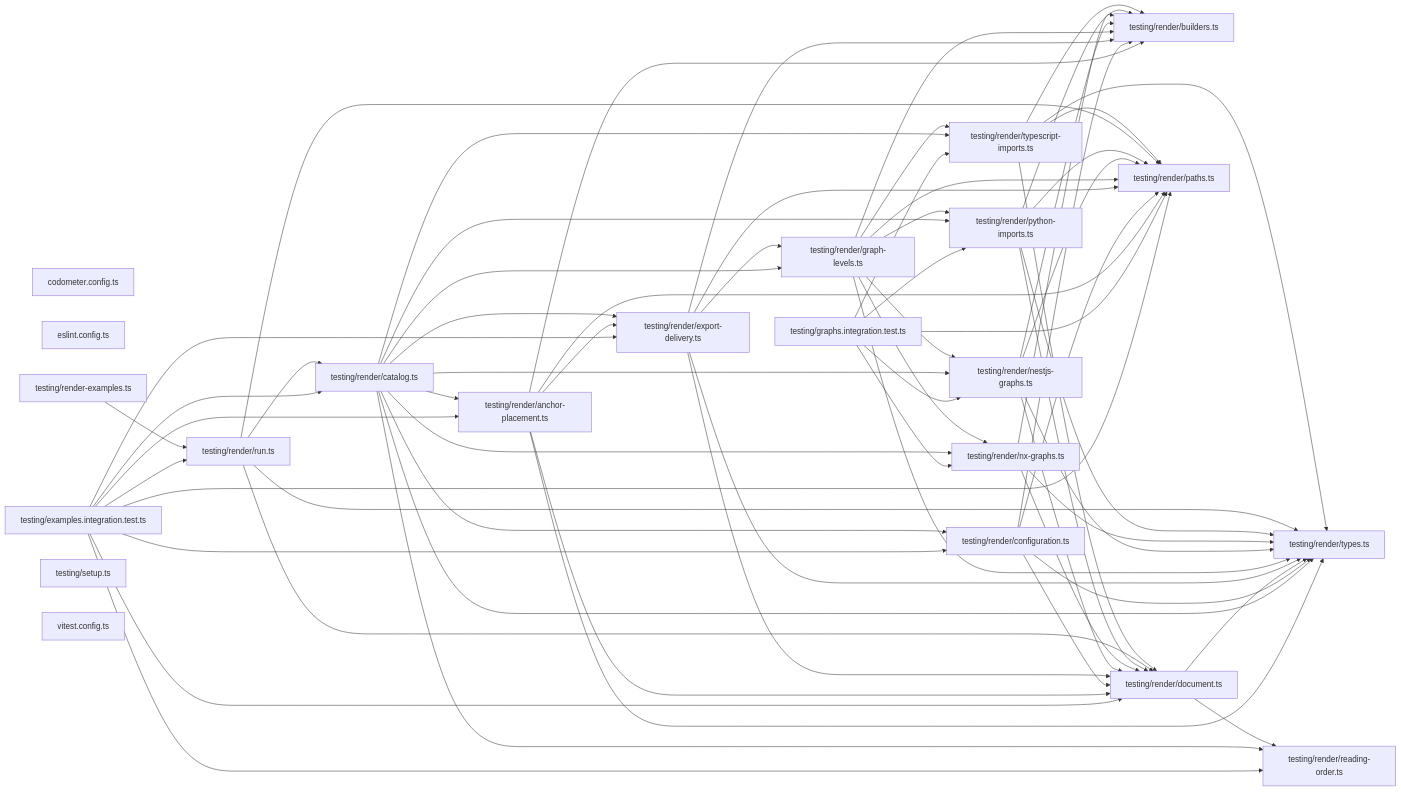
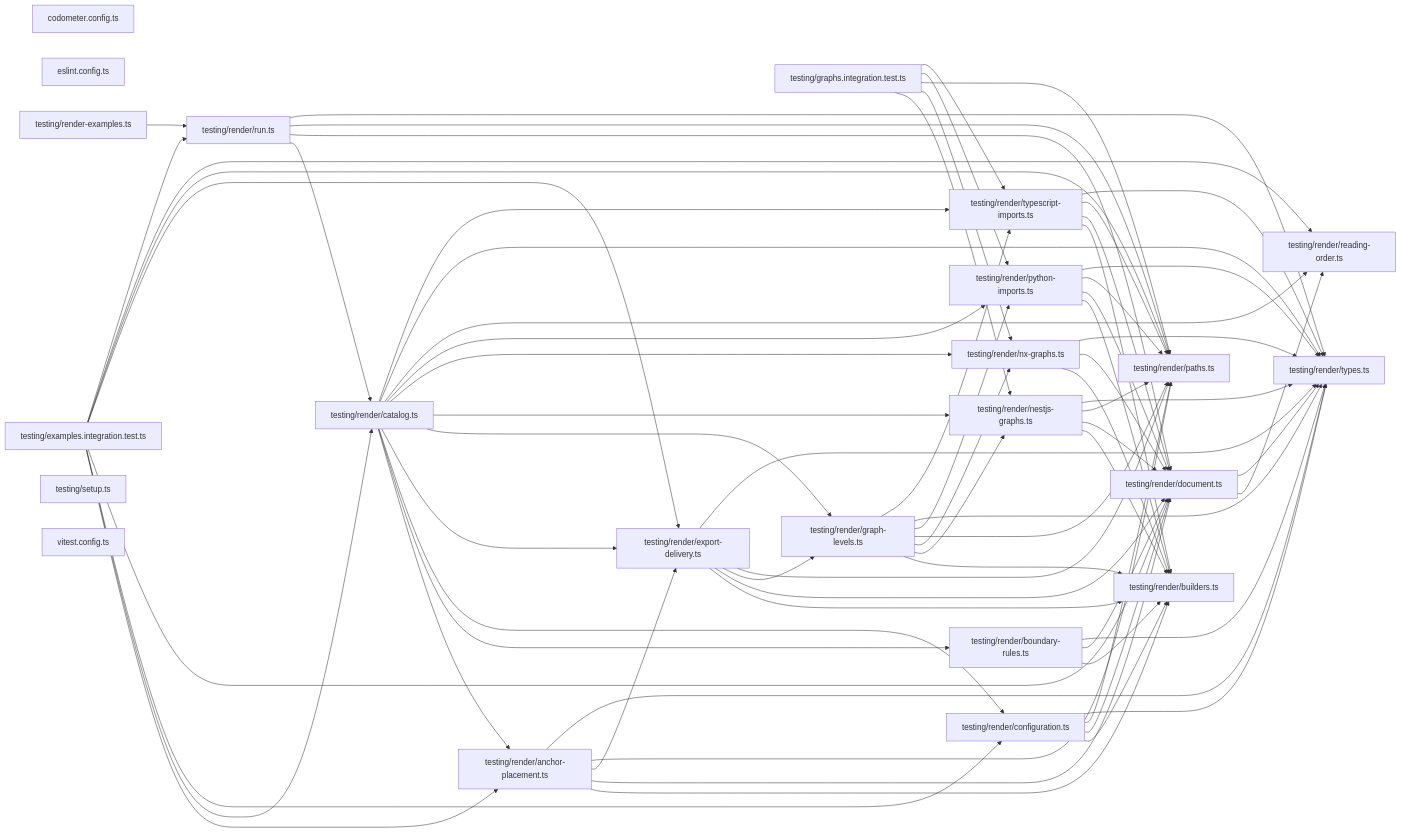
Before and after one commit to JimmyPaolini/codebase: the second of 2 diagrams in packages/codependix-examples/README.md, drawn with Mermaid. The commit also changed other lines of this file and 19 other files, not shown here.

```diff
--- a/packages/codependix-examples/README.md
+++ b/packages/codependix-examples/README.md
@@ -215,6 +217,7 @@
   file_testing_graphs_integration_test_ts["testing/graphs.integration.test.ts"]
   file_testing_render_examples_ts["testing/render-examples.ts"]
   file_testing_render_anchor_placement_ts["testing/render/anchor-placement.ts"]
+  file_testing_render_boundary_rules_ts["testing/render/boundary-rules.ts"]
   file_testing_render_builders_ts["testing/render/builders.ts"]
   file_testing_render_catalog_ts["testing/render/catalog.ts"]
   file_testing_render_configuration_ts["testing/render/configuration.ts"]
@@ -250,7 +253,11 @@
   file_testing_render_anchor_placement_ts --> file_testing_render_export_delivery_ts
   file_testing_render_anchor_placement_ts --> file_testing_render_paths_ts
   file_testing_render_anchor_placement_ts --> file_testing_render_types_ts
+  file_testing_render_boundary_rules_ts --> file_testing_render_builders_ts
+  file_testing_render_boundary_rules_ts --> file_testing_render_document_ts
+  file_testing_render_boundary_rules_ts --> file_testing_render_types_ts
   file_testing_render_catalog_ts --> file_testing_render_anchor_placement_ts
+  file_testing_render_catalog_ts --> file_testing_render_boundary_rules_ts
   file_testing_render_catalog_ts --> file_testing_render_configuration_ts
   file_testing_render_catalog_ts --> file_testing_render_export_delivery_ts
   file_testing_render_catalog_ts --> file_testing_render_graph_levels_ts
```
